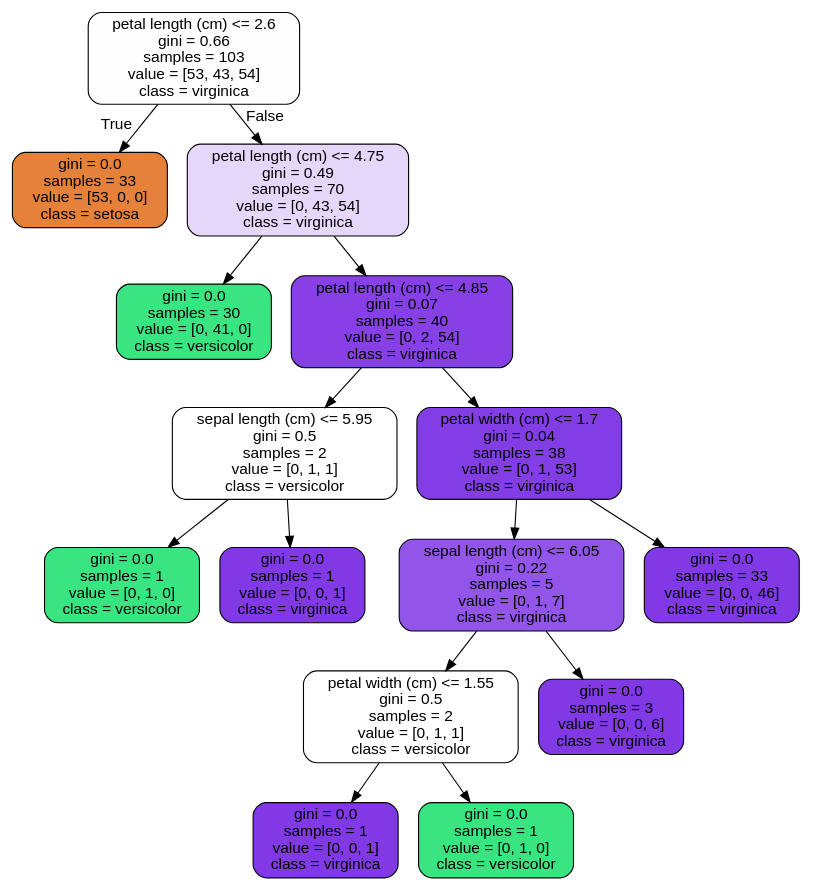
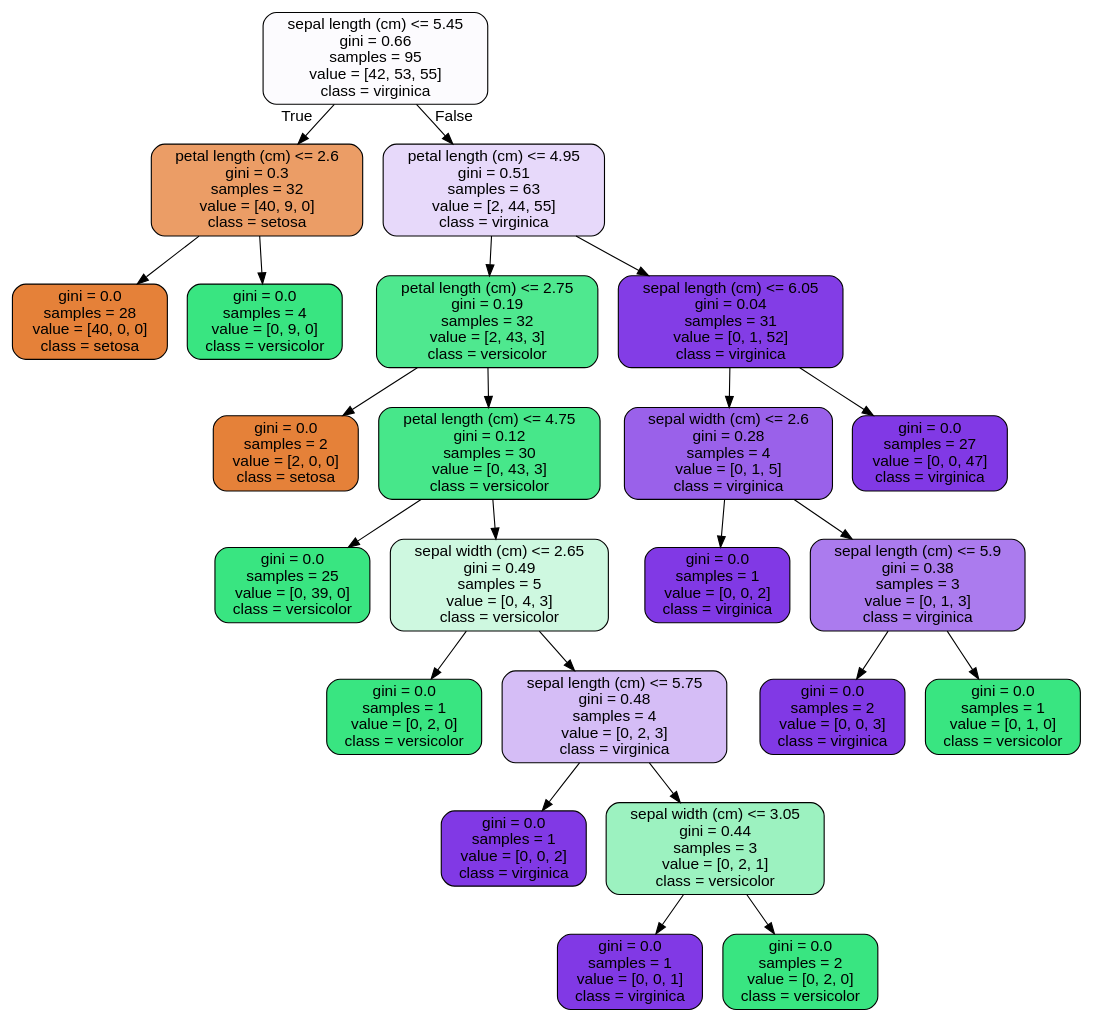
One commit to mdgarber/RandomForest_Covid_case_Study changed the diagram in 1593492590_RandomForest_Covid_Case_Study_06302020/RandomForest Covid Case Study_06302020/tree.dot. Above: the diagram before and after it, drawn with Graphviz. The commit also changed 2 other files, not shown here.

```diff
--- a/1593492590_RandomForest_Covid_Case_Study_06302020/RandomForest Covid Case Study_06302020/tree.dot
+++ b/1593492590_RandomForest_Covid_Case_Study_06302020/RandomForest Covid Case Study_06302020/tree.dot
@@ -1,33 +1,49 @@
 digraph Tree {
 node [shape=box, style="filled, rounded", color="black", fontname="helvetica"] ;
 edge [fontname="helvetica"] ;
-0 [label="petal length (cm) <= 2.6\ngini = 0.66\nsamples = 103\nvalue = [53, 43, 54]\nclass = virginica", fillcolor="#fefdff"] ;
-1 [label="gini = 0.0\nsamples = 33\nvalue = [53, 0, 0]\nclass = setosa", fillcolor="#e58139"] ;
+0 [label="sepal length (cm) <= 5.45\ngini = 0.66\nsamples = 95\nvalue = [42, 53, 55]\nclass = virginica", fillcolor="#fcfbfe"] ;
+1 [label="petal length (cm) <= 2.6\ngini = 0.3\nsamples = 32\nvalue = [40, 9, 0]\nclass = setosa", fillcolor="#eb9d66"] ;
 0 -> 1 [labeldistance=2.5, labelangle=45, headlabel="True"] ;
-2 [label="petal length (cm) <= 4.75\ngini = 0.49\nsamples = 70\nvalue = [0, 43, 54]\nclass = virginica", fillcolor="#e5d7fa"] ;
-0 -> 2 [labeldistance=2.5, labelangle=-45, headlabel="False"] ;
-3 [label="gini = 0.0\nsamples = 30\nvalue = [0, 41, 0]\nclass = versicolor", fillcolor="#39e581"] ;
-2 -> 3 ;
-4 [label="petal length (cm) <= 4.85\ngini = 0.07\nsamples = 40\nvalue = [0, 2, 54]\nclass = virginica", fillcolor="#8640e6"] ;
-2 -> 4 ;
-5 [label="sepal length (cm) <= 5.95\ngini = 0.5\nsamples = 2\nvalue = [0, 1, 1]\nclass = versicolor", fillcolor="#ffffff"] ;
+2 [label="gini = 0.0\nsamples = 28\nvalue = [40, 0, 0]\nclass = setosa", fillcolor="#e58139"] ;
+1 -> 2 ;
+3 [label="gini = 0.0\nsamples = 4\nvalue = [0, 9, 0]\nclass = versicolor", fillcolor="#39e581"] ;
+1 -> 3 ;
+4 [label="petal length (cm) <= 4.95\ngini = 0.51\nsamples = 63\nvalue = [2, 44, 55]\nclass = virginica", fillcolor="#e7d9fa"] ;
+0 -> 4 [labeldistance=2.5, labelangle=-45, headlabel="False"] ;
+5 [label="petal length (cm) <= 2.75\ngini = 0.19\nsamples = 32\nvalue = [2, 43, 3]\nclass = versicolor", fillcolor="#4fe88f"] ;
 4 -> 5 ;
-6 [label="gini = 0.0\nsamples = 1\nvalue = [0, 1, 0]\nclass = versicolor", fillcolor="#39e581"] ;
+6 [label="gini = 0.0\nsamples = 2\nvalue = [2, 0, 0]\nclass = setosa", fillcolor="#e58139"] ;
 5 -> 6 ;
-7 [label="gini = 0.0\nsamples = 1\nvalue = [0, 0, 1]\nclass = virginica", fillcolor="#8139e5"] ;
+7 [label="petal length (cm) <= 4.75\ngini = 0.12\nsamples = 30\nvalue = [0, 43, 3]\nclass = versicolor", fillcolor="#47e78a"] ;
 5 -> 7 ;
-8 [label="petal width (cm) <= 1.7\ngini = 0.04\nsamples = 38\nvalue = [0, 1, 53]\nclass = virginica", fillcolor="#833de5"] ;
-4 -> 8 ;
-9 [label="sepal length (cm) <= 6.05\ngini = 0.22\nsamples = 5\nvalue = [0, 1, 7]\nclass = virginica", fillcolor="#9355e9"] ;
-8 -> 9 ;
-10 [label="petal width (cm) <= 1.55\ngini = 0.5\nsamples = 2\nvalue = [0, 1, 1]\nclass = versicolor", fillcolor="#ffffff"] ;
+8 [label="gini = 0.0\nsamples = 25\nvalue = [0, 39, 0]\nclass = versicolor", fillcolor="#39e581"] ;
+7 -> 8 ;
+9 [label="sepal width (cm) <= 2.65\ngini = 0.49\nsamples = 5\nvalue = [0, 4, 3]\nclass = versicolor", fillcolor="#cef8e0"] ;
+7 -> 9 ;
+10 [label="gini = 0.0\nsamples = 1\nvalue = [0, 2, 0]\nclass = versicolor", fillcolor="#39e581"] ;
 9 -> 10 ;
-11 [label="gini = 0.0\nsamples = 1\nvalue = [0, 0, 1]\nclass = virginica", fillcolor="#8139e5"] ;
-10 -> 11 ;
-12 [label="gini = 0.0\nsamples = 1\nvalue = [0, 1, 0]\nclass = versicolor", fillcolor="#39e581"] ;
-10 -> 12 ;
-13 [label="gini = 0.0\nsamples = 3\nvalue = [0, 0, 6]\nclass = virginica", fillcolor="#8139e5"] ;
-9 -> 13 ;
-14 [label="gini = 0.0\nsamples = 33\nvalue = [0, 0, 46]\nclass = virginica", fillcolor="#8139e5"] ;
-8 -> 14 ;
+11 [label="sepal length (cm) <= 5.75\ngini = 0.48\nsamples = 4\nvalue = [0, 2, 3]\nclass = virginica", fillcolor="#d5bdf6"] ;
+9 -> 11 ;
+12 [label="gini = 0.0\nsamples = 1\nvalue = [0, 0, 2]\nclass = virginica", fillcolor="#8139e5"] ;
+11 -> 12 ;
+13 [label="sepal width (cm) <= 3.05\ngini = 0.44\nsamples = 3\nvalue = [0, 2, 1]\nclass = versicolor", fillcolor="#9cf2c0"] ;
+11 -> 13 ;
+14 [label="gini = 0.0\nsamples = 1\nvalue = [0, 0, 1]\nclass = virginica", fillcolor="#8139e5"] ;
+13 -> 14 ;
+15 [label="gini = 0.0\nsamples = 2\nvalue = [0, 2, 0]\nclass = versicolor", fillcolor="#39e581"] ;
+13 -> 15 ;
+16 [label="sepal length (cm) <= 6.05\ngini = 0.04\nsamples = 31\nvalue = [0, 1, 52]\nclass = virginica", fillcolor="#833de6"] ;
+4 -> 16 ;
+17 [label="sepal width (cm) <= 2.6\ngini = 0.28\nsamples = 4\nvalue = [0, 1, 5]\nclass = virginica", fillcolor="#9a61ea"] ;
+16 -> 17 ;
+18 [label="gini = 0.0\nsamples = 1\nvalue = [0, 0, 2]\nclass = virginica", fillcolor="#8139e5"] ;
+17 -> 18 ;
+19 [label="sepal length (cm) <= 5.9\ngini = 0.38\nsamples = 3\nvalue = [0, 1, 3]\nclass = virginica", fillcolor="#ab7bee"] ;
+17 -> 19 ;
+20 [label="gini = 0.0\nsamples = 2\nvalue = [0, 0, 3]\nclass = virginica", fillcolor="#8139e5"] ;
+19 -> 20 ;
+21 [label="gini = 0.0\nsamples = 1\nvalue = [0, 1, 0]\nclass = versicolor", fillcolor="#39e581"] ;
+19 -> 21 ;
+22 [label="gini = 0.0\nsamples = 27\nvalue = [0, 0, 47]\nclass = virginica", fillcolor="#8139e5"] ;
+16 -> 22 ;
 }
```
